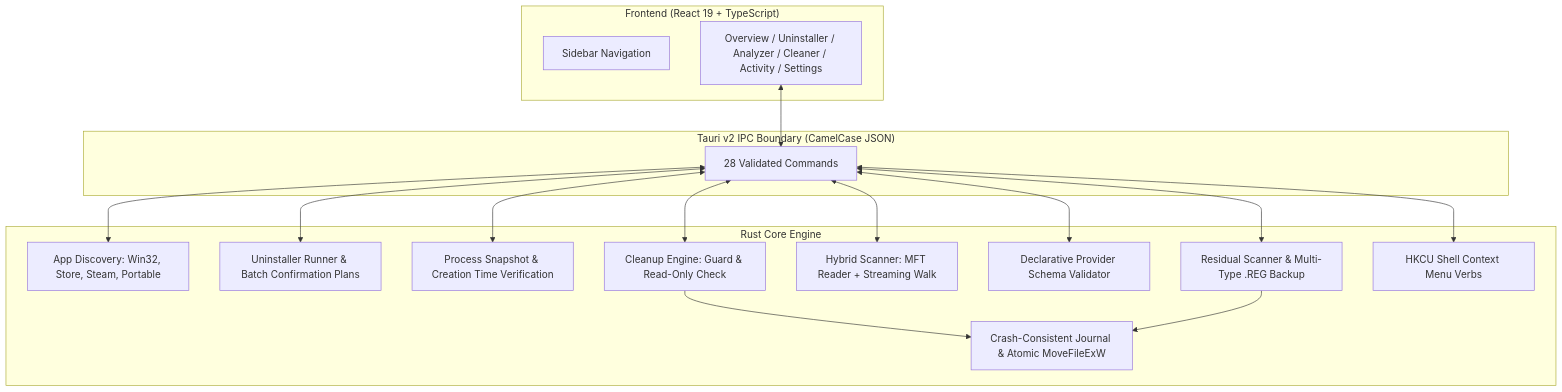
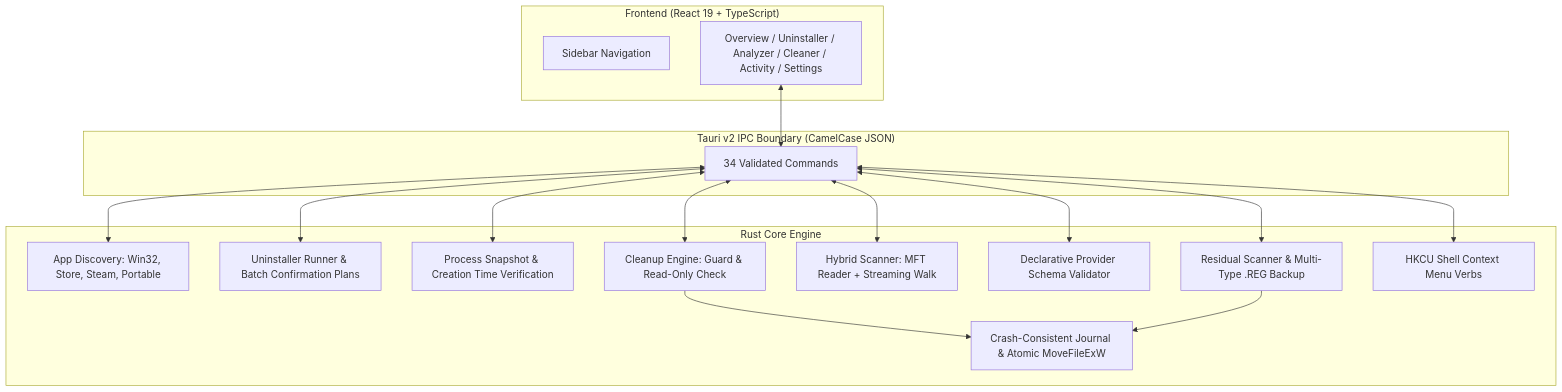
Before and after one commit to Ry0x7/cyron-uninstaller: the diagram in README.md, drawn with Mermaid. The commit also changed other lines of this file and 20 other files, not shown here.

First line of the commit message:
docs: consolidate architecture documentation and add automated verification

````diff
--- a/README.md
+++ b/README.md
@@ -56,35 +56,35 @@
 ```mermaid
 flowchart TD
     subgraph UI ["Frontend (React 19 + TypeScript)"]
         Nav[Sidebar Navigation]
         Views[Overview / Uninstaller / Analyzer / Cleaner / Activity / Settings]
     end
 
     subgraph IPC ["Tauri v2 IPC Boundary (CamelCase JSON)"]
-        Cmds[28 Validated Commands]
+        Cmds[34 Validated Commands]
     end
 
     subgraph Backend ["Rust Core Engine"]
         AppMgr[App Discovery: Win32, Store, Steam, Portable]
         Uninst[Uninstaller Runner & Batch Confirmation Plans]
         ProcMgr[Process Snapshot & Creation Time Verification]
         LeftoverMgr[Residual Scanner & Multi-Type .REG Backup]
         Scanner[Hybrid Scanner: MFT Reader + Streaming Walk]
         ProvMgr[Declarative Provider Schema Validator]
         CleanupEng[Cleanup Engine: Guard & Read-Only Check]
         Quarantine[Crash-Consistent Journal & Atomic MoveFileExW]
         ExplorerMgr[HKCU Shell Context Menu Verbs]
     end
 
     Views <--> Cmds
     Cmds <--> AppMgr
     Cmds <--> Uninst
     Cmds <--> ProcMgr
     Cmds <--> LeftoverMgr
     Cmds <--> Scanner
     Cmds <--> ProvMgr
     Cmds <--> CleanupEng
     Cmds <--> ExplorerMgr
     CleanupEng --> Quarantine
     LeftoverMgr --> Quarantine
 ```
````
